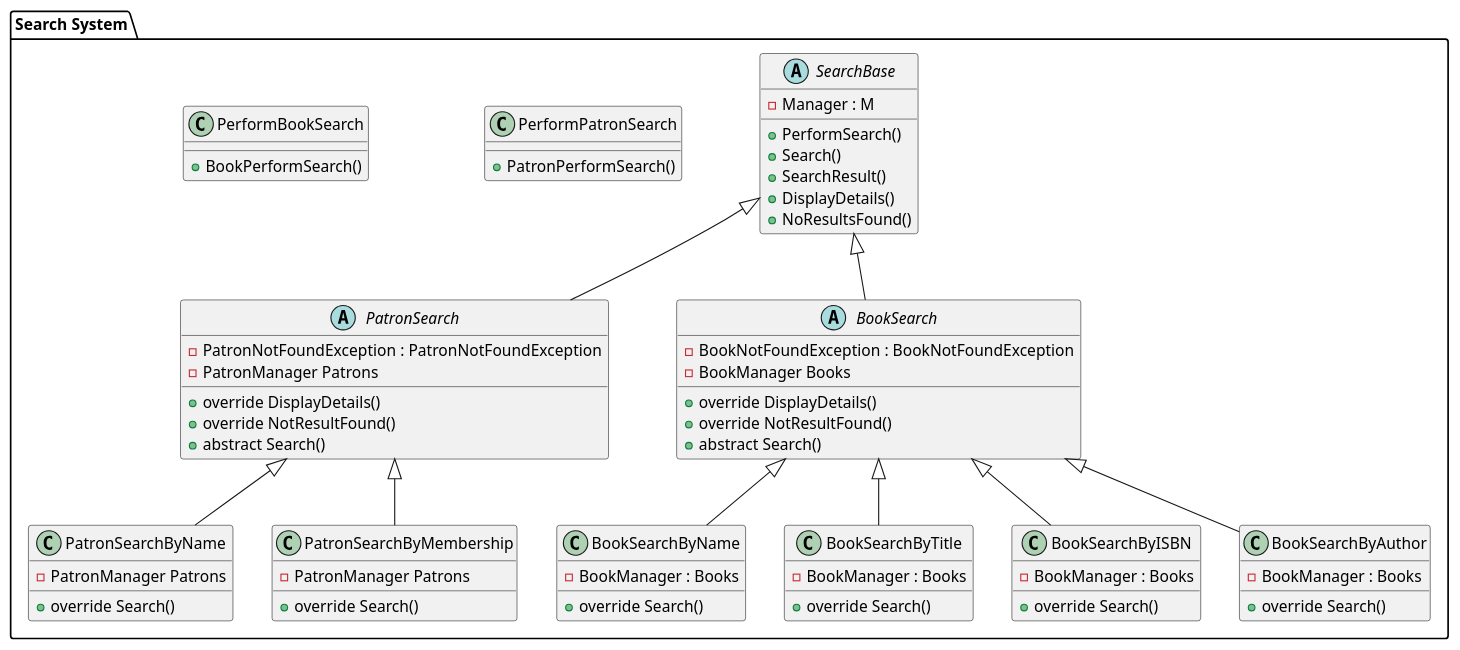
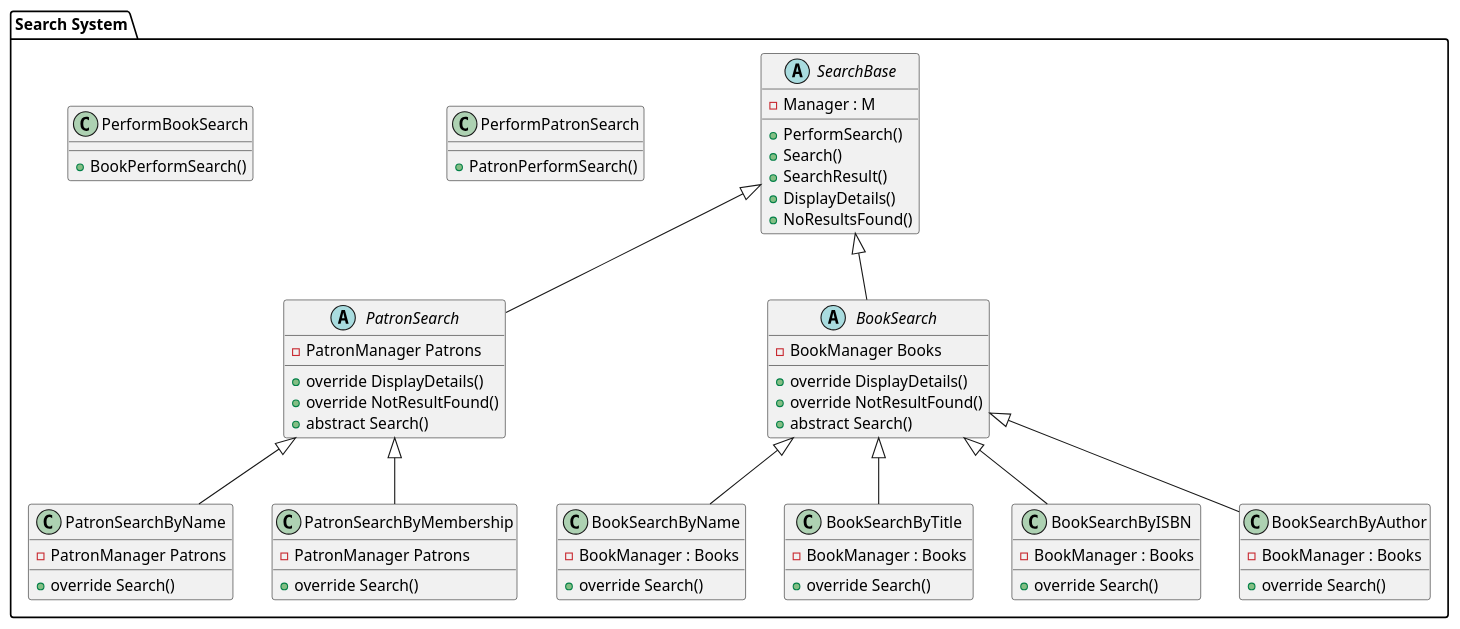
Before and after one commit to programacion-6/Opcion1CanelitaTeam: the diagram in UML-Diagram/SearchSystem.puml, drawn with PlantUML. The commit also changed 1 other file, not shown here.

```diff
--- a/UML-Diagram/SearchSystem.puml
+++ b/UML-Diagram/SearchSystem.puml
@@ -1,71 +1,69 @@
 @startuml SearchSystem
 package "Search System" {
 
     ' Define abstract classes
 
     abstract class SearchBase {
         - Manager : M
         + PerformSearch()
         + Search()
         + SearchResult()
         + DisplayDetails()
         + NoResultsFound()
 
     }
 
     abstract class PatronSearch extends SearchBase {
-        - PatronNotFoundException : PatronNotFoundException
         - PatronManager Patrons
         + override DisplayDetails()
         + override NotResultFound()
         + abstract Search()
     }
 
     abstract class BookSearch extends SearchBase {
-        - BookNotFoundException : BookNotFoundException
         - BookManager Books
         + override DisplayDetails()
         + override NotResultFound()
         + abstract Search()
     }
     
     ' Define main classes
     class PatronSearchByName extends PatronSearch{
         - PatronManager Patrons
         + override Search()
     }
 
     class PatronSearchByMembership extends PatronSearch{
         - PatronManager Patrons
         + override Search()
     }
 
     class BookSearchByName extends BookSearch {
         - BookManager : Books
         + override Search()
     }
 
     class BookSearchByTitle extends BookSearch {
         - BookManager : Books
         + override Search()
     }
 
     class BookSearchByISBN extends BookSearch {
         - BookManager : Books
         + override Search()
     }
     
     class BookSearchByAuthor extends BookSearch {
         - BookManager : Books
         + override Search()
     }
 
     class PerformPatronSearch {
         + PatronPerformSearch() 
     }
 
      class PerformBookSearch {
         + BookPerformSearch() 
     }
 }
 @enduml 
```
